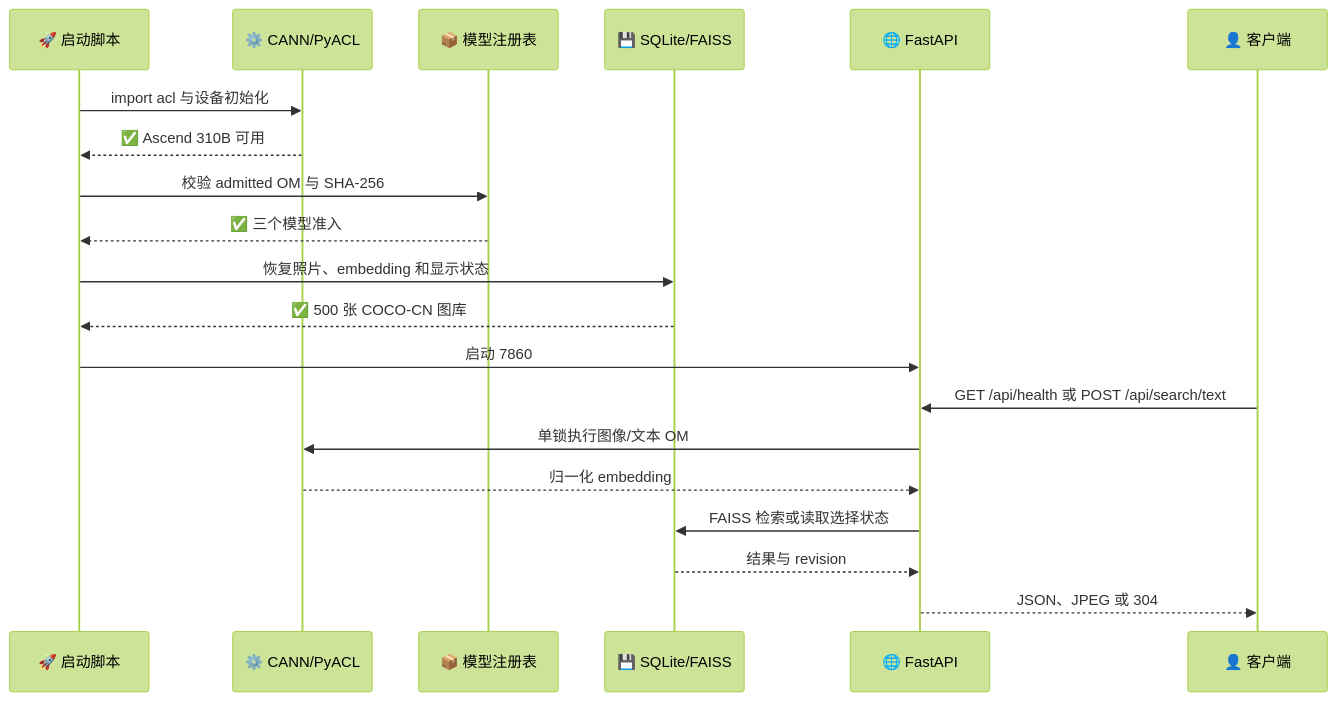
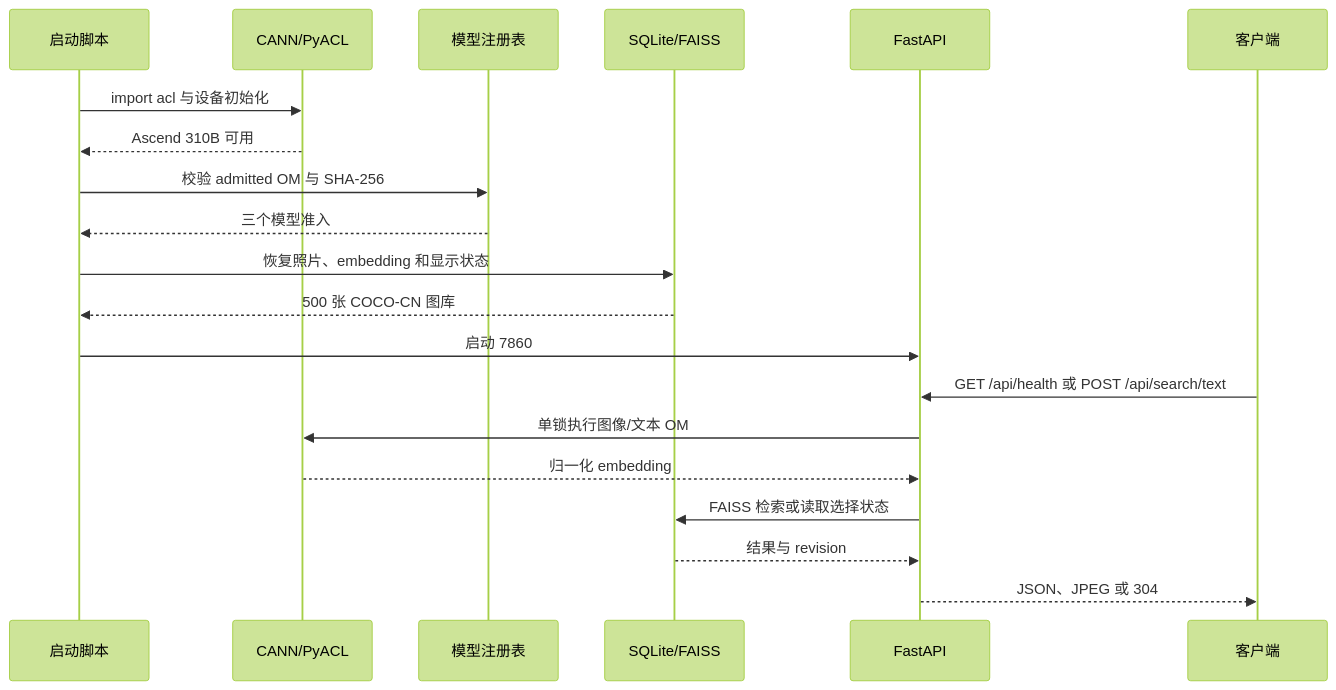
The third of 7 diagrams in src/experiment/case7.md (zhouxzh/Ascend310), drawn with Mermaid (forest theme) before and after one commit. The commit also changed other lines of this file and 105 other files, not shown here.

````diff
--- a/src/experiment/case7.md
+++ b/src/experiment/case7.md
@@ -98,26 +98,26 @@
 ```mermaid
 sequenceDiagram
     accTitle: NPU 服务启动时序
     accDescr: 服务启动先加载 CANN 和注册表，再恢复 SQLite/FAISS 状态，最后接受手机或设备请求
 
-    participant launcher as 🚀 启动脚本
-    participant cann as ⚙️ CANN/PyACL
-    participant registry as 📦 模型注册表
-    participant index as 💾 SQLite/FAISS
-    participant api as 🌐 FastAPI
-    participant client as 👤 客户端
+    participant launcher as 启动脚本
+    participant cann as CANN/PyACL
+    participant registry as 模型注册表
+    participant index as SQLite/FAISS
+    participant api as FastAPI
+    participant client as 客户端
 
     launcher->>cann: import acl 与设备初始化
-    cann-->>launcher: ✅ Ascend 310B 可用
+    cann-->>launcher: Ascend 310B 可用
     launcher->>registry: 校验 admitted OM 与 SHA-256
-    registry-->>launcher: ✅ 三个模型准入
+    registry-->>launcher: 三个模型准入
     launcher->>index: 恢复照片、embedding 和显示状态
-    index-->>launcher: ✅ 500 张 COCO-CN 图库
+    index-->>launcher: 500 张 COCO-CN 图库
     launcher->>api: 启动 7860
     client->>api: GET /api/health 或 POST /api/search/text
     api->>cann: 单锁执行图像/文本 OM
     cann-->>api: 归一化 embedding
     api->>index: FAISS 检索或读取选择状态
     index-->>api: 结果与 revision
     api-->>client: JSON、JPEG 或 304
 ```
````
